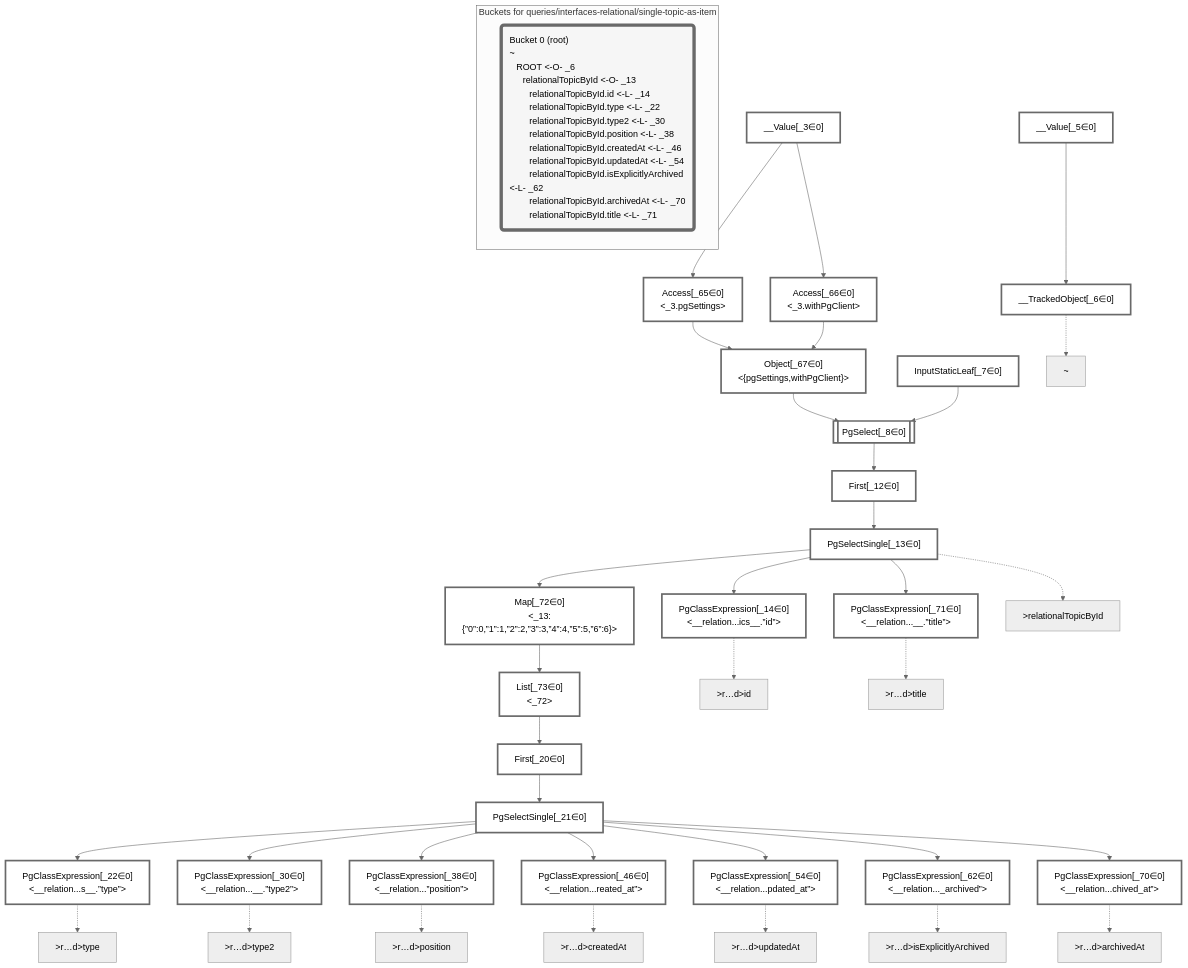
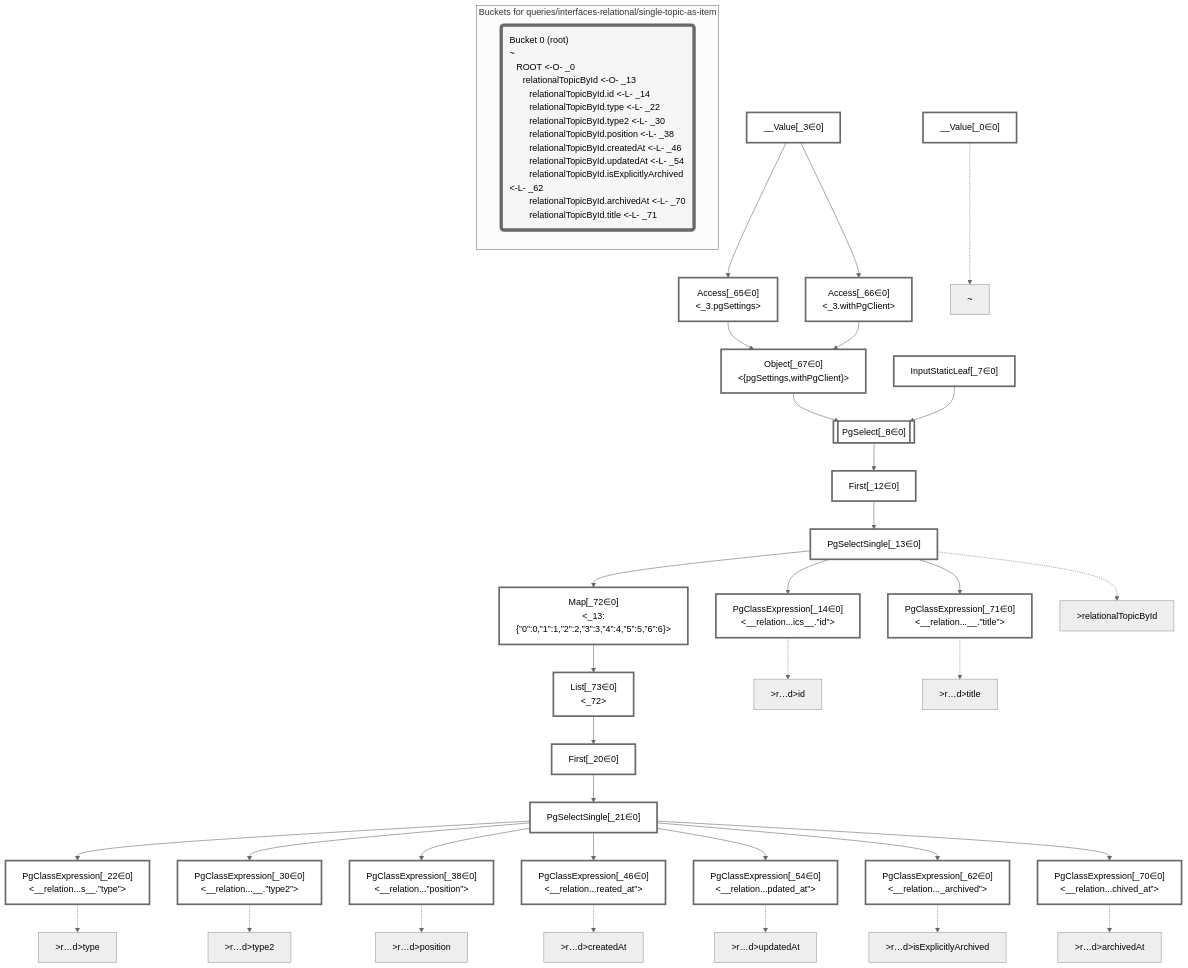
The diagram in packages/dataplan-pg/__tests__/queries/interfaces-relational/single-topic-as-item.deopt.mermaid.md (graphile/crystal), drawn with Mermaid (neutral theme) before and after one commit. The commit also changed 193 other files, not shown here.

Commit message:
Update test plan snapshots with new root plan

````diff
--- a/packages/dataplan-pg/__tests__/queries/interfaces-relational/single-topic-as-item.deopt.mermaid.md
+++ b/packages/dataplan-pg/__tests__/queries/interfaces-relational/single-topic-as-item.deopt.mermaid.md
@@ -8,9 +8,8 @@
 
 
     %% define plans
+    __Value_0["__Value[_0∈0]"]:::plan
     __Value_3["__Value[_3∈0]<br /><context>"]:::plan
-    __Value_5["__Value[_5∈0]<br /><rootValue>"]:::plan
-    __TrackedObject_6["__TrackedObject[_6∈0]"]:::plan
     InputStaticLeaf_7["InputStaticLeaf[_7∈0]"]:::plan
     PgSelect_8[["PgSelect[_8∈0]<br /><relational_topics>"]]:::plan
     First_12["First[_12∈0]"]:::plan
@@ -33,7 +32,6 @@
     List_73["List[_73∈0]<br /><_72>"]:::plan
 
     %% plan dependencies
-    __Value_5 --> __TrackedObject_6
     Object_67 --> PgSelect_8
     InputStaticLeaf_7 --> PgSelect_8
     PgSelect_8 --> First_12
@@ -57,8 +55,8 @@
     Map_72 --> List_73
 
     %% plan-to-path relationships
-    P_6["~"]
-    __TrackedObject_6 -.-> P_6
+    P_0["~"]
+    __Value_0 -.-> P_0
     P_13[">relationalTopicById"]
     PgSelectSingle_13 -.-> P_13
     P_14[">r…d>id"]
@@ -82,10 +80,10 @@
 
     %% allocate buckets
     classDef bucket0 stroke:#696969
-    class __Value_3,__Value_5,__TrackedObject_6,InputStaticLeaf_7,PgSelect_8,First_12,PgSelectSingle_13,PgClassExpression_14,First_20,PgSelectSingle_21,PgClassExpression_22,PgClassExpression_30,PgClassExpression_38,PgClassExpression_46,PgClassExpression_54,PgClassExpression_62,Access_65,Access_66,Object_67,PgClassExpression_70,PgClassExpression_71,Map_72,List_73 bucket0
+    class __Value_0,__Value_3,InputStaticLeaf_7,PgSelect_8,First_12,PgSelectSingle_13,PgClassExpression_14,First_20,PgSelectSingle_21,PgClassExpression_22,PgClassExpression_30,PgClassExpression_38,PgClassExpression_46,PgClassExpression_54,PgClassExpression_62,Access_65,Access_66,Object_67,PgClassExpression_70,PgClassExpression_71,Map_72,List_73 bucket0
 
     subgraph "Buckets for queries/interfaces-relational/single-topic-as-item"
-    Bucket0("Bucket 0 (root)<br />~<br />⠀ROOT <-O- _6<br />⠀⠀relationalTopicById <-O- _13<br />⠀⠀⠀relationalTopicById.id <-L- _14<br />⠀⠀⠀relationalTopicById.type <-L- _22<br />⠀⠀⠀relationalTopicById.type2 <-L- _30<br />⠀⠀⠀relationalTopicById.position <-L- _38<br />⠀⠀⠀relationalTopicById.createdAt <-L- _46<br />⠀⠀⠀relationalTopicById.updatedAt <-L- _54<br />⠀⠀⠀relationalTopicById.isExplicitlyArchived <-L- _62<br />⠀⠀⠀relationalTopicById.archivedAt <-L- _70<br />⠀⠀⠀relationalTopicById.title <-L- _71"):::bucket
+    Bucket0("Bucket 0 (root)<br />~<br />⠀ROOT <-O- _0<br />⠀⠀relationalTopicById <-O- _13<br />⠀⠀⠀relationalTopicById.id <-L- _14<br />⠀⠀⠀relationalTopicById.type <-L- _22<br />⠀⠀⠀relationalTopicById.type2 <-L- _30<br />⠀⠀⠀relationalTopicById.position <-L- _38<br />⠀⠀⠀relationalTopicById.createdAt <-L- _46<br />⠀⠀⠀relationalTopicById.updatedAt <-L- _54<br />⠀⠀⠀relationalTopicById.isExplicitlyArchived <-L- _62<br />⠀⠀⠀relationalTopicById.archivedAt <-L- _70<br />⠀⠀⠀relationalTopicById.title <-L- _71"):::bucket
     style Bucket0 stroke:#696969
     end
 ```
````
